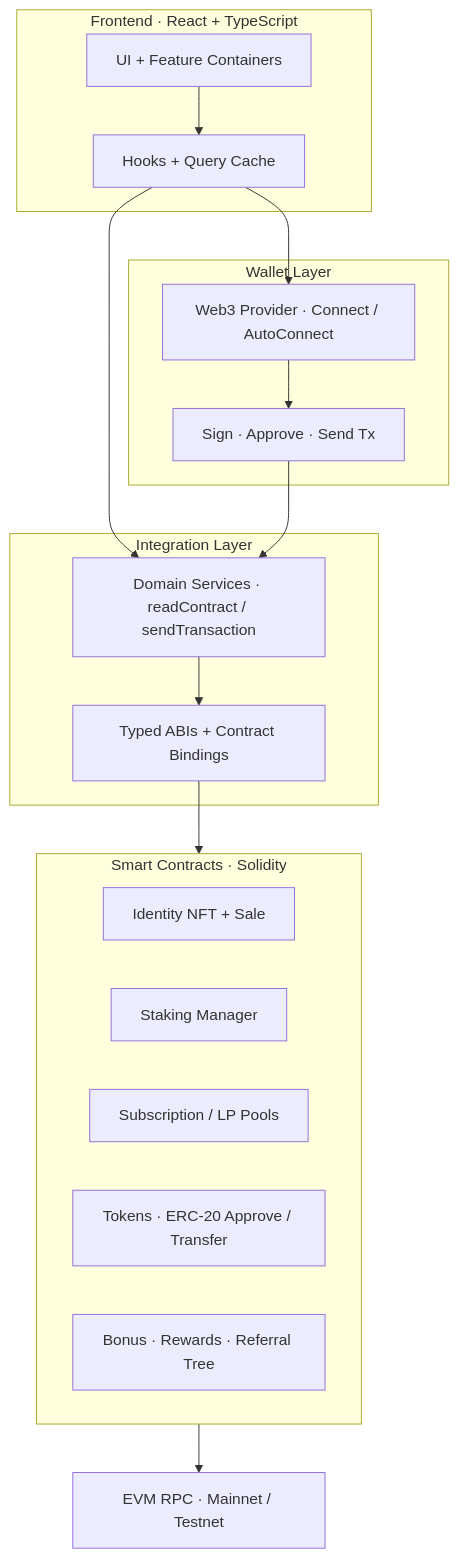
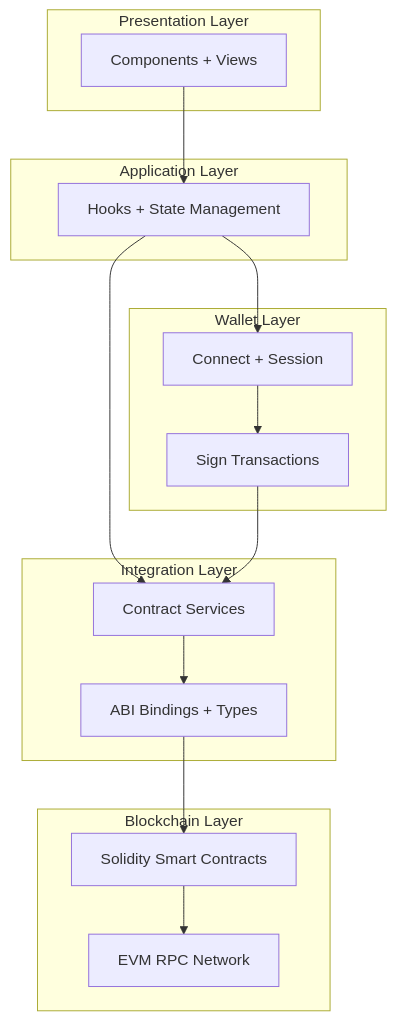
The first of 2 diagrams in README.md (Edgar-Devloper/Edgar-Devloper), drawn with Mermaid before and after one commit. The commit also changed other lines of this file, not shown here.

Commit message:
Refactor architecture diagrams to layer-only labels

````diff
--- a/README.md
+++ b/README.md
@@ -64,33 +64,31 @@
 ```mermaid
 flowchart TB
-  subgraph FE["Frontend · React + TypeScript"]
-    UI[UI + Feature Containers]
-    H[Hooks + Query Cache]
+  subgraph PRESENTATION["Presentation Layer"]
+    UI[Components + Views]
+  end
+
+  subgraph APPLICATION["Application Layer"]
+    H[Hooks + State Management]
   end
 
   subgraph WALLET["Wallet Layer"]
-    W[Web3 Provider · Connect / AutoConnect]
-    SIG[Sign · Approve · Send Tx]
+    W[Connect + Session]
+    SIG[Sign Transactions]
   end
 
-  subgraph INT["Integration Layer"]
-    ABI[Typed ABIs + Contract Bindings]
-    SVC[Domain Services · readContract / sendTransaction]
+  subgraph INTEGRATION["Integration Layer"]
+    SVC[Contract Services]
+    ABI[ABI Bindings + Types]
   end
 
-  subgraph ONCHAIN["Smart Contracts · Solidity"]
-    NFT[Identity NFT + Sale]
-    STK[Staking Manager]
-    SUB[Subscription / LP Pools]
-    TOK[Tokens · ERC-20 Approve / Transfer]
-    BNS[Bonus · Rewards · Referral Tree]
+  subgraph BLOCKCHAIN["Blockchain Layer"]
+    SC[Solidity Smart Contracts]
+    RPC[EVM RPC Network]
   end
-
-  RPC[EVM RPC · Mainnet / Testnet]
 
   UI --> H --> W
   W --> SIG
   H --> SVC --> ABI
   SIG --> SVC
-  ABI --> ONCHAIN --> RPC
+  ABI --> SC --> RPC
 ```
````
